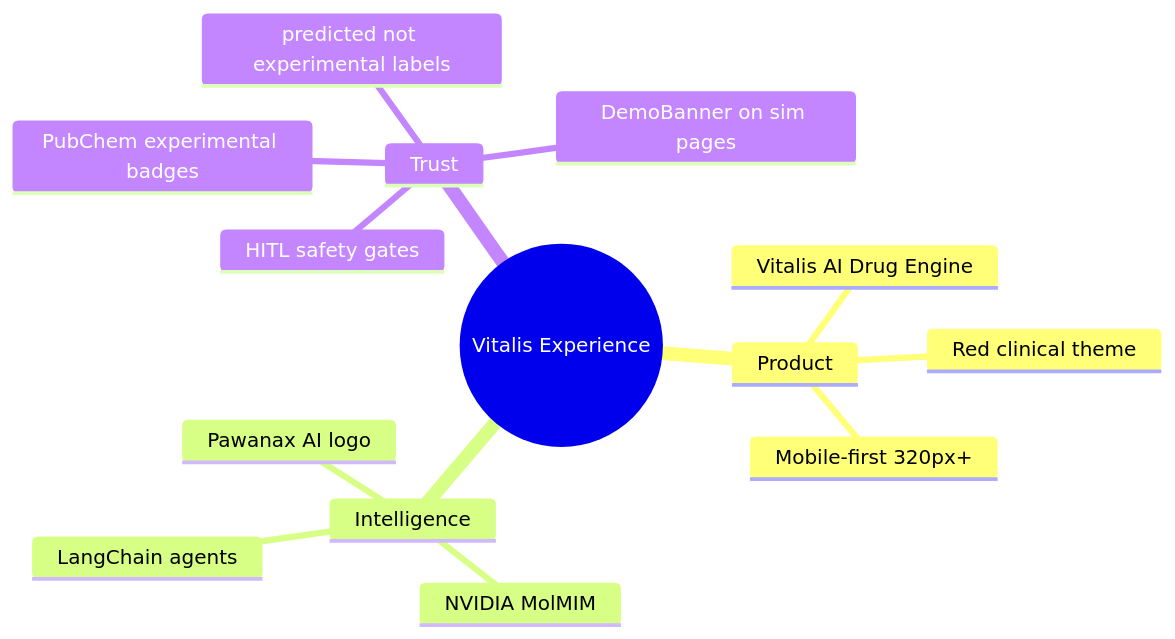
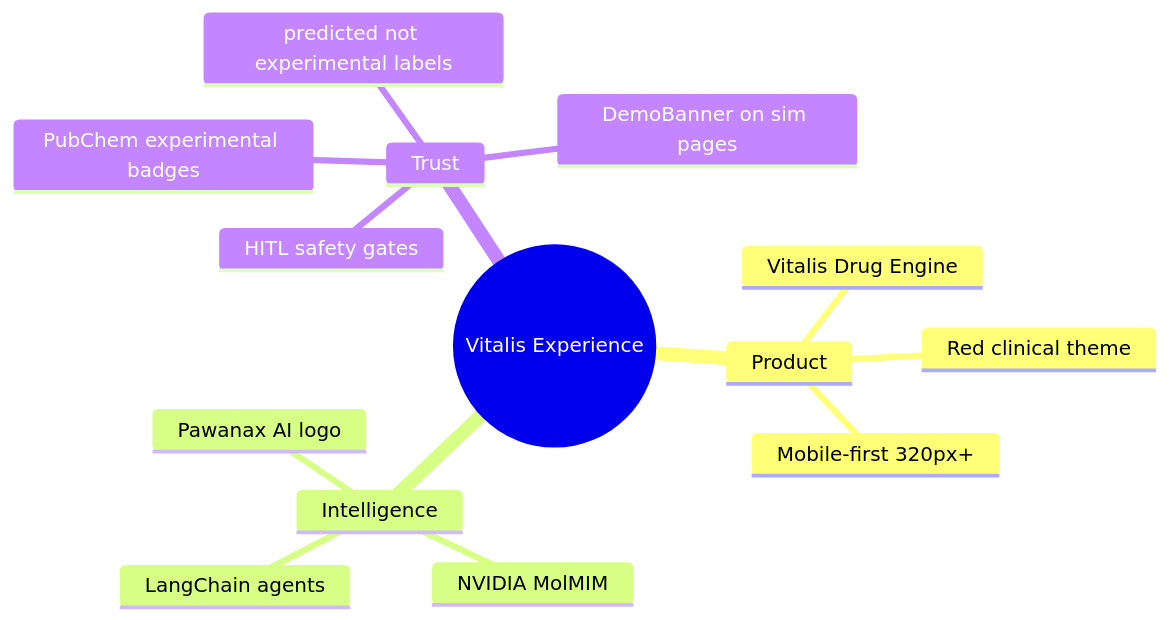
The third of 9 diagrams in README.md (Ogollas-lab/ai-drug-discovery-engine), drawn with Mermaid before and after one commit. The commit also changed other lines of this file, not shown here.

````diff
--- a/README.md
+++ b/README.md
@@ -126,17 +126,17 @@
 ```mermaid
 mindmap
   root((Vitalis Experience))
     Product
-      Vitalis AI Drug Engine
+      Vitalis Drug Engine
       Red clinical theme
       Mobile-first 320px+
     Intelligence
       Pawanax AI logo
       NVIDIA MolMIM
       LangChain agents
     Trust
       PubChem experimental badges
       predicted not experimental labels
       DemoBanner on sim pages
       HITL safety gates
 ```
````
